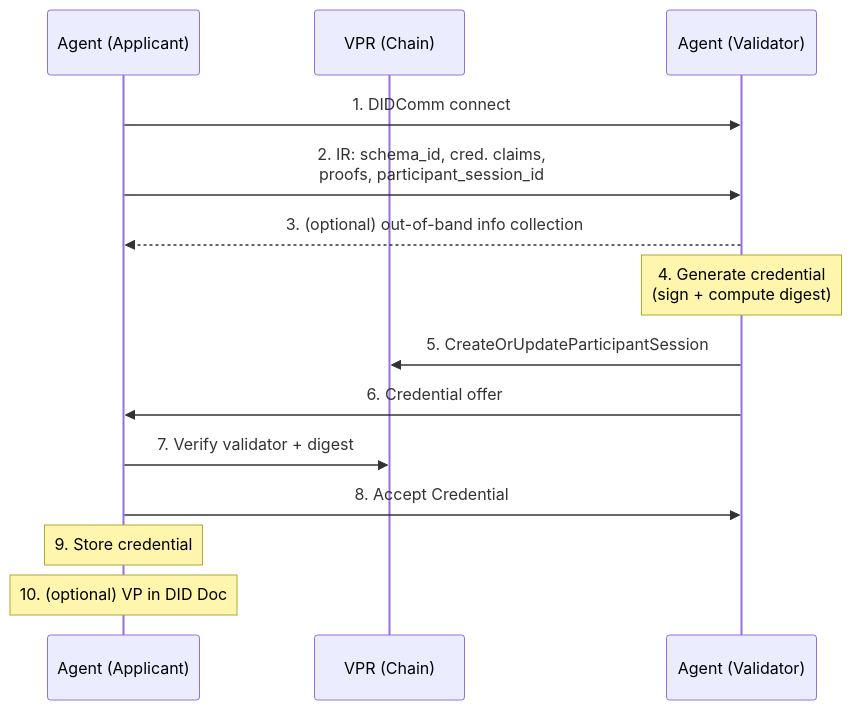
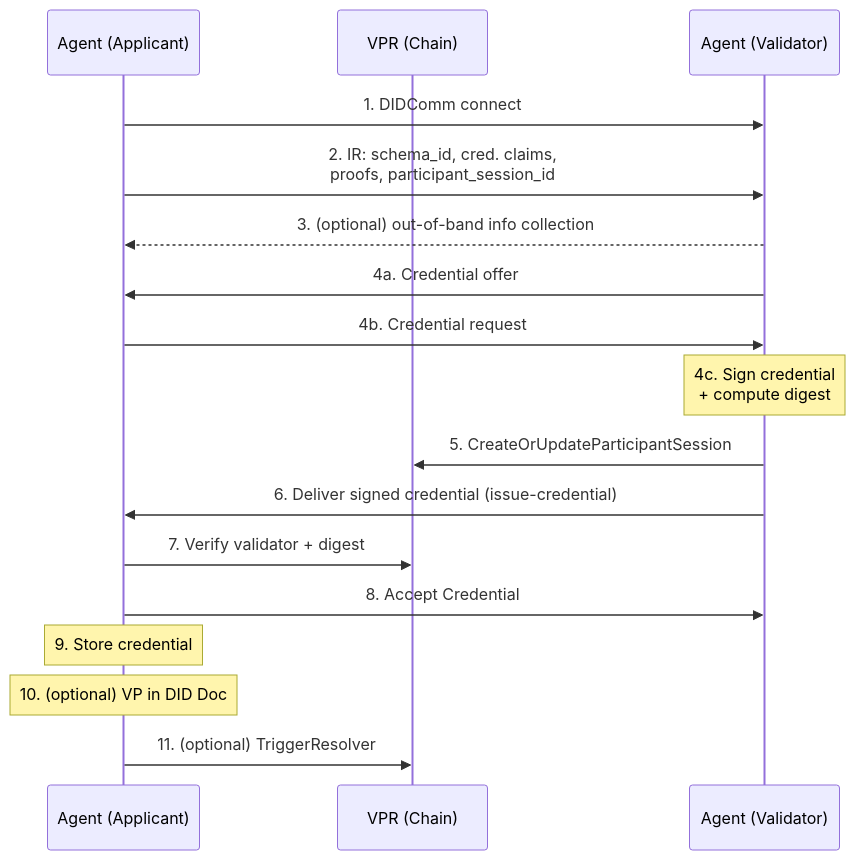
One commit to verana-labs/verana-spec changed the eighth of 9 diagrams in v4/vs-agent/spec.md. Above: the diagram before and after it, drawn with Mermaid. The commit also changed other lines of this file and 2 other files, not shown here.

````diff
--- a/v4/vs-agent/spec.md
+++ b/v4/vs-agent/spec.md
@@ -635,17 +630,20 @@
 ```mermaid
 sequenceDiagram
     participant Applicant as Agent (Applicant)
     participant VPR as VPR (Chain)
     participant Validator as Agent (Validator)
 
     Applicant->>Validator: 1. DIDComm connect
     Applicant->>Validator: 2. IR: schema_id, cred. claims,<br/>proofs, participant_session_id
     Validator-->>Applicant: 3. (optional) out-of-band info collection
-    Note over Validator: 4. Generate credential<br/>(sign + compute digest)
+    Validator->>Applicant: 4a. Credential offer
+    Applicant->>Validator: 4b. Credential request
+    Note over Validator: 4c. Sign credential<br/>+ compute digest
     Validator->>VPR: 5. CreateOrUpdateParticipantSession
-    Validator->>Applicant: 6. Credential offer
+    Validator->>Applicant: 6. Deliver signed credential (issue-credential)
     Applicant->>VPR: 7. Verify validator + digest
     Applicant->>Validator: 8. Accept Credential
     Note over Applicant: 9. Store credential
     Note over Applicant: 10. (optional) VP in DID Doc
+    Applicant->>VPR: 11. (optional) TriggerResolver
 ```
````
